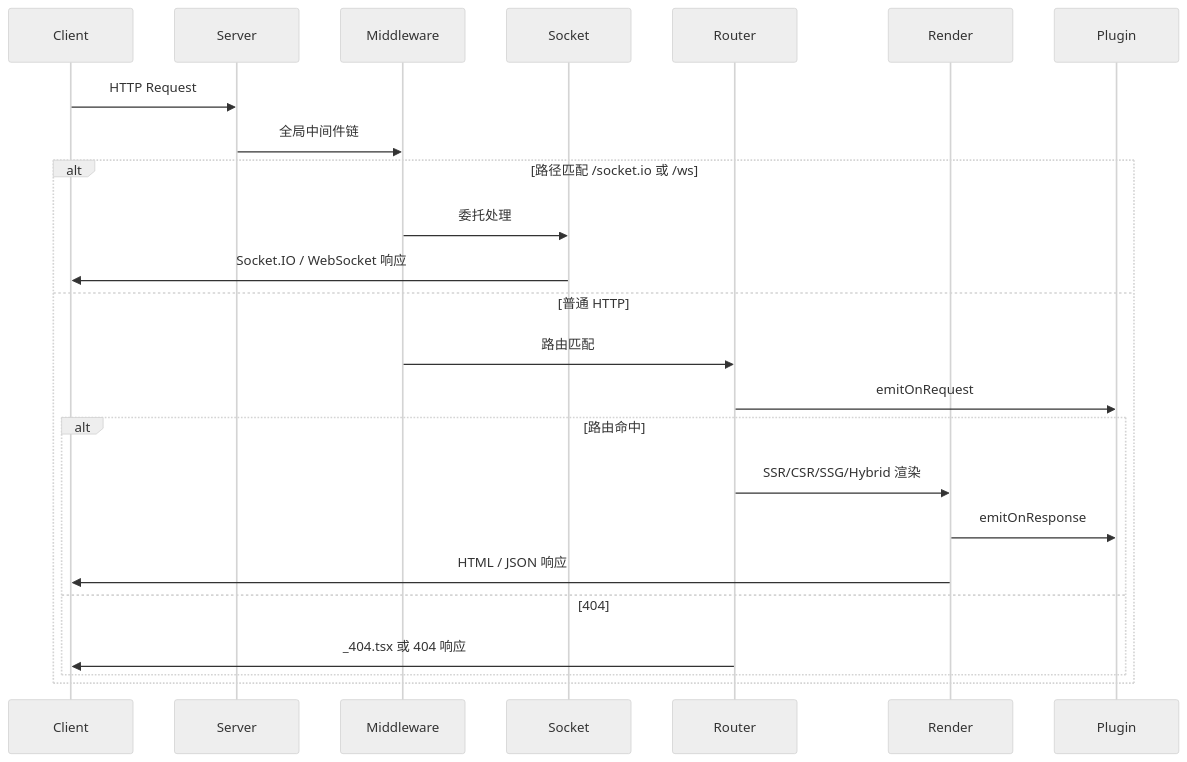
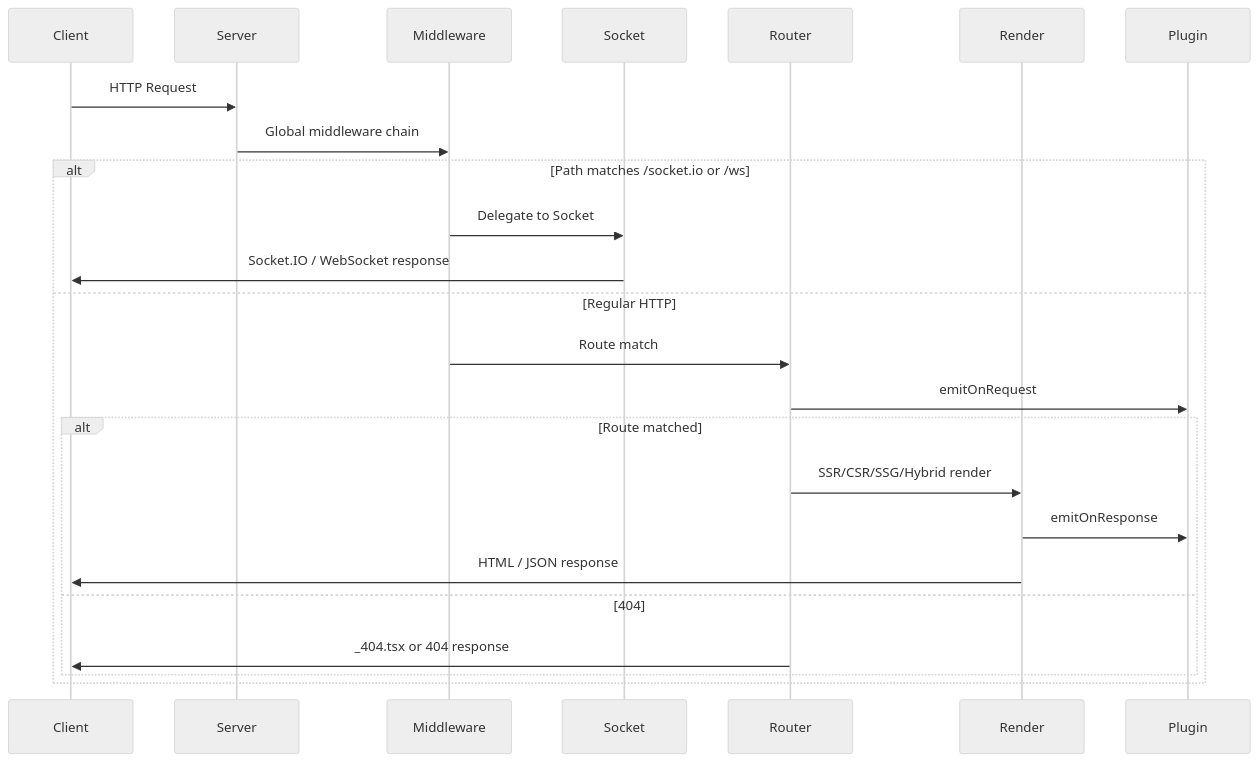
One commit to shuliangfu/dweb changed the second of 2 diagrams in README.md. Above: the diagram before and after it, drawn with Mermaid (neutral theme). The commit also changed other lines of this file and 3 other files, not shown here.

````diff
--- a/README.md
+++ b/README.md
@@ -262,28 +242,28 @@
 ```mermaid
 sequenceDiagram
     participant Client
     participant Server
     participant Middleware
     participant Socket
     participant Router
     participant Render
     participant Plugin
 
     Client->>Server: HTTP Request
-    Server->>Middleware: 全局中间件链
+    Server->>Middleware: Global middleware chain
 
-    alt 路径匹配 /socket.io 或 /ws
-        Middleware->>Socket: 委托处理
-        Socket->>Client: Socket.IO / WebSocket 响应
-    else 普通 HTTP
-        Middleware->>Router: 路由匹配
+    alt Path matches /socket.io or /ws
+        Middleware->>Socket: Delegate to Socket
+        Socket->>Client: Socket.IO / WebSocket response
+    else Regular HTTP
+        Middleware->>Router: Route match
         Router->>Plugin: emitOnRequest
-        alt 路由命中
-            Router->>Render: SSR/CSR/SSG/Hybrid 渲染
+        alt Route matched
+            Router->>Render: SSR/CSR/SSG/Hybrid render
             Render->>Plugin: emitOnResponse
-            Render->>Client: HTML / JSON 响应
+            Render->>Client: HTML / JSON response
         else 404
-            Router->>Client: _404.tsx 或 404 响应
+            Router->>Client: _404.tsx or 404 response
         end
     end
 ```
````
